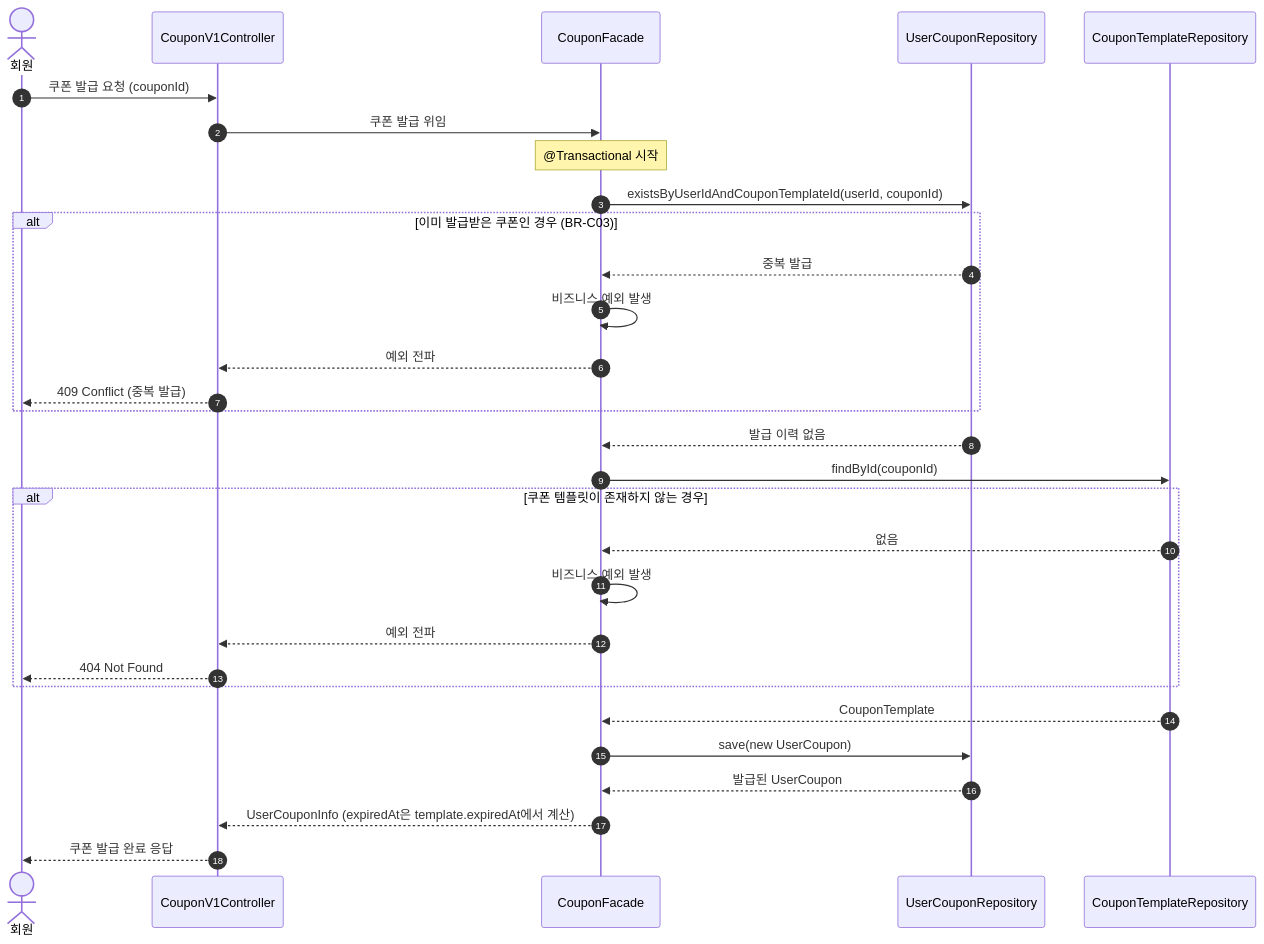
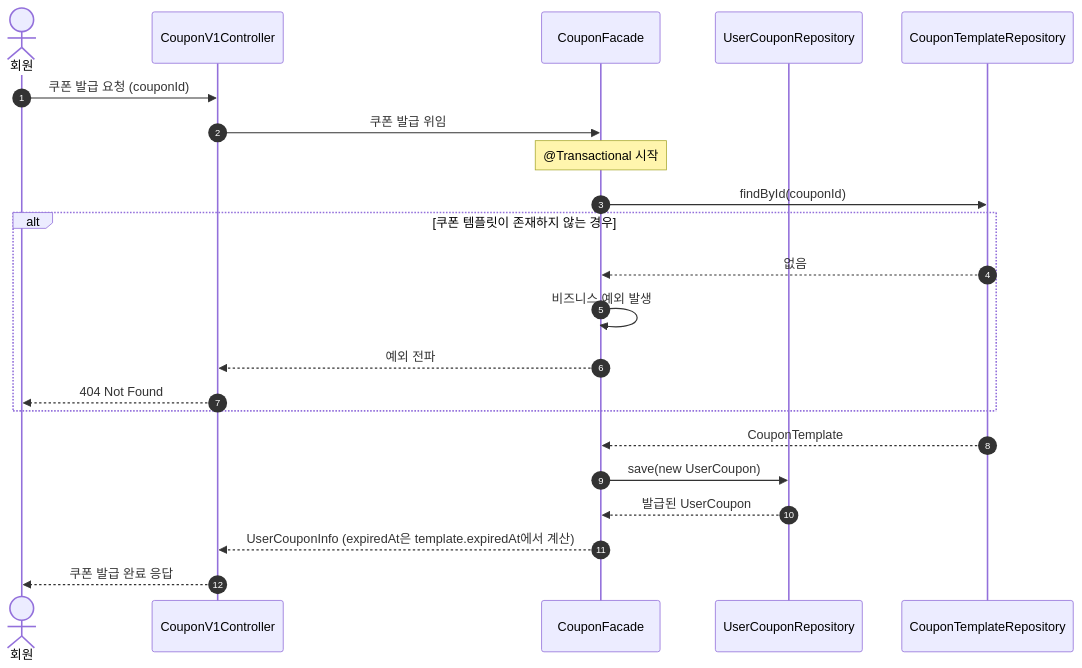
Diagram 22 of 29 in .docs/design/02-sequence-diagrams.md (Loopers-dev-lab/loop-pack-be-l2-vol3-java), drawn with Mermaid before and after one commit. The commit also changed other lines of this file and 8 other files, not shown here.

````diff
--- a/.docs/design/02-sequence-diagrams.md
+++ b/.docs/design/02-sequence-diagrams.md
@@ -1053,40 +1053,30 @@
 ```mermaid
 sequenceDiagram
     autonumber
     actor 회원
     participant Controller as CouponV1Controller
     participant Facade as CouponFacade
     participant UserCouponRepository
     participant CouponTemplateRepository
 
     회원->>Controller: 쿠폰 발급 요청 (couponId)
     Controller->>Facade: 쿠폰 발급 위임
 
     Note over Facade: @Transactional 시작
 
-    Facade->>UserCouponRepository: existsByUserIdAndCouponTemplateId(userId, couponId)
-
-    alt 이미 발급받은 쿠폰인 경우 (BR-C03)
-        UserCouponRepository-->>Facade: 중복 발급
-        Facade->>Facade: 비즈니스 예외 발생
-        Facade-->>Controller: 예외 전파
-        Controller-->>회원: 409 Conflict (중복 발급)
-    end
-
-    UserCouponRepository-->>Facade: 발급 이력 없음
     Facade->>CouponTemplateRepository: findById(couponId)
 
     alt 쿠폰 템플릿이 존재하지 않는 경우
         CouponTemplateRepository-->>Facade: 없음
         Facade->>Facade: 비즈니스 예외 발생
         Facade-->>Controller: 예외 전파
         Controller-->>회원: 404 Not Found
     end
 
     CouponTemplateRepository-->>Facade: CouponTemplate
     Facade->>UserCouponRepository: save(new UserCoupon)
     UserCouponRepository-->>Facade: 발급된 UserCoupon
 
     Facade-->>Controller: UserCouponInfo (expiredAt은 template.expiredAt에서 계산)
     Controller-->>회원: 쿠폰 발급 완료 응답
 ```
````
